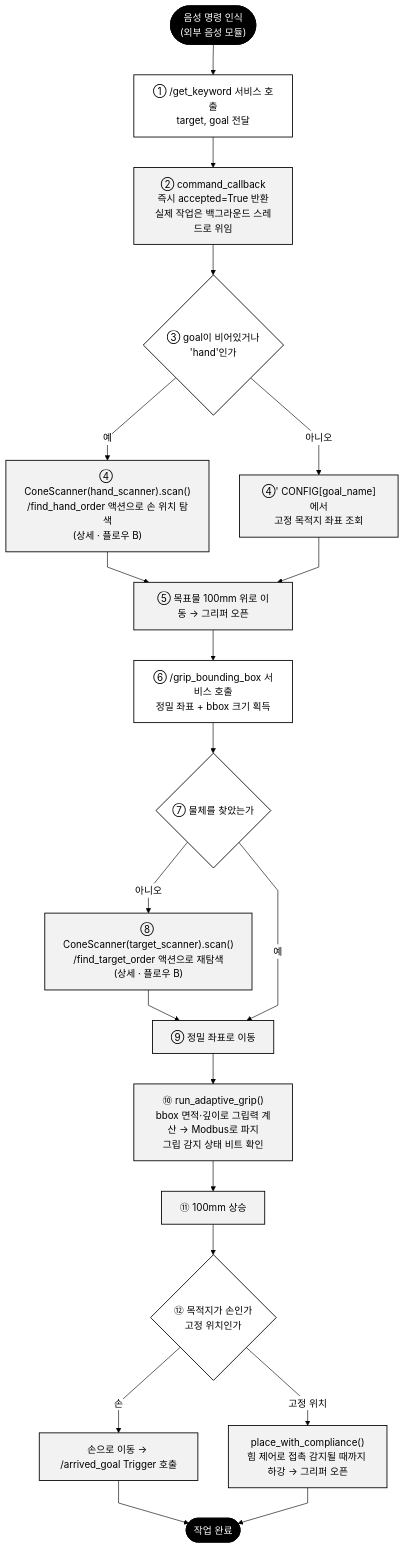
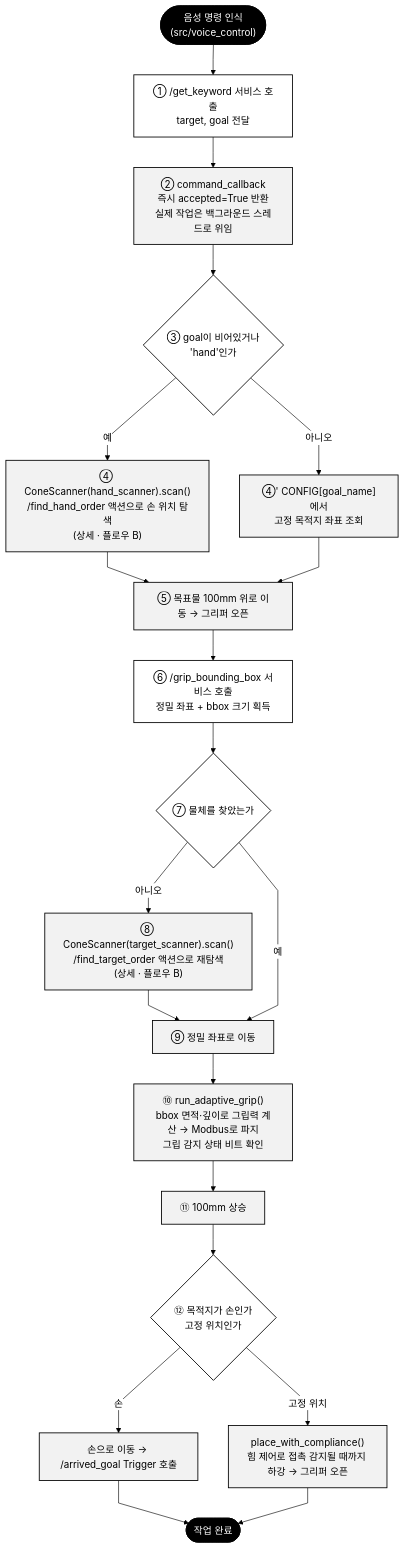
One commit to jhada0423-ai/heydoopal changed the second of 3 diagrams in README.md. Above: the diagram before and after it, drawn with Mermaid. The commit also changed other lines of this file and 63 other files, not shown here.

First line of the commit message:
Reorganize into src/, incorporate teammate detection/voice/db-ui code

````diff
--- a/README.md
+++ b/README.md
@@ -53,36 +70,36 @@
 ```mermaid
 %%{init: {'theme': 'base', 'themeVariables': {'primaryColor': '#ffffff', 'primaryBorderColor': '#000000', 'primaryTextColor': '#000000', 'lineColor': '#000000', 'edgeLabelBackground':'#ffffff'}, 'flowchart': {'curve': 'linear'}}}%%
 flowchart TD
     classDef proc fill:#ffffff,stroke:#000000,stroke-width:1.4px,color:#000000;
     classDef dec fill:#ffffff,stroke:#000000,stroke-width:1.4px,color:#000000;
     classDef term fill:#000000,stroke:#000000,stroke-width:1.4px,color:#ffffff;
     classDef own fill:#f2f2f2,stroke:#000000,stroke-width:1.4px,color:#000000;
 
-    START(["음성 명령 인식<br/>(외부 음성 모듈)"]):::term
+    START(["음성 명령 인식<br/>(src/voice_control)"]):::term
     CALL["① /get_keyword 서비스 호출<br/>target, goal 전달"]:::proc
     ACCEPT["② command_callback<br/>즉시 accepted=True 반환<br/>실제 작업은 백그라운드 스레드로 위임"]:::own
     ISHAND{"③ goal이 비어있거나<br/>'hand'인가"}:::dec
     HANDSCAN["④ ConeScanner(hand_scanner).scan()<br/>/find_hand_order 액션으로 손 위치 탐색<br/>(상세 · 플로우 B)"]:::own
     FIXEDGOAL["④' CONFIG[goal_name]에서<br/>고정 목적지 좌표 조회"]:::own
     APPROACH["⑤ 목표물 100mm 위로 이동 → 그리퍼 오픈"]:::own
     BBOX["⑥ /grip_bounding_box 서비스 호출<br/>정밀 좌표 + bbox 크기 획득"]:::proc
     FOUND{"⑦ 물체를 찾았는가"}:::dec
     RESCAN["⑧ ConeScanner(target_scanner).scan()<br/>/find_target_order 액션으로 재탐색<br/>(상세 · 플로우 B)"]:::own
     MOVEGRIP["⑨ 정밀 좌표로 이동"]:::own
     ADAPTGRIP["⑩ run_adaptive_grip()<br/>bbox 면적·깊이로 그립력 계산 → Modbus로 파지<br/>그립 감지 상태 비트 확인"]:::own
     LIFT["⑪ 100mm 상승"]:::own
     DELIVER{"⑫ 목적지가 손인가<br/>고정 위치인가"}:::dec
     HAND_DELIV["손으로 이동 → /arrived_goal Trigger 호출"]:::own
     PLACE["place_with_compliance()<br/>힘 제어로 접촉 감지될 때까지 하강 → 그리퍼 오픈"]:::own
     END(["작업 완료"]):::term
 
     START --> CALL --> ACCEPT --> ISHAND
     ISHAND -- 예 --> HANDSCAN --> APPROACH
     ISHAND -- 아니오 --> FIXEDGOAL --> APPROACH
     APPROACH --> BBOX --> FOUND
     FOUND -- 아니오 --> RESCAN --> MOVEGRIP
     FOUND -- 예 --> MOVEGRIP
     MOVEGRIP --> ADAPTGRIP --> LIFT --> DELIVER
     DELIVER -- 손 --> HAND_DELIV --> END
     DELIVER -- 고정 위치 --> PLACE --> END
 ```
````
